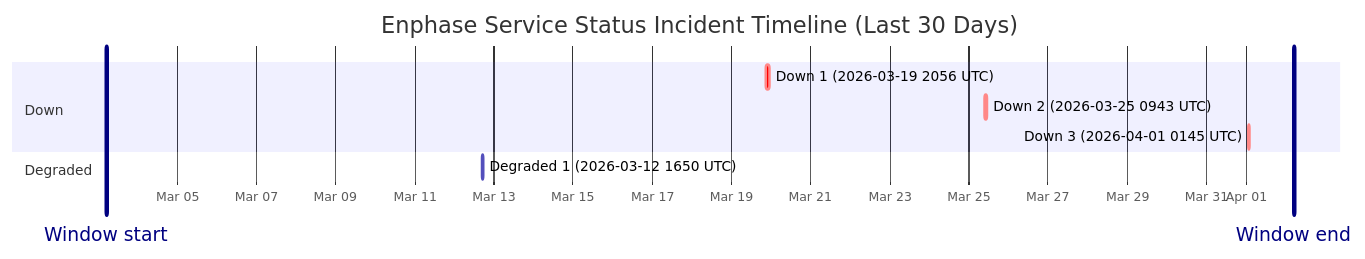
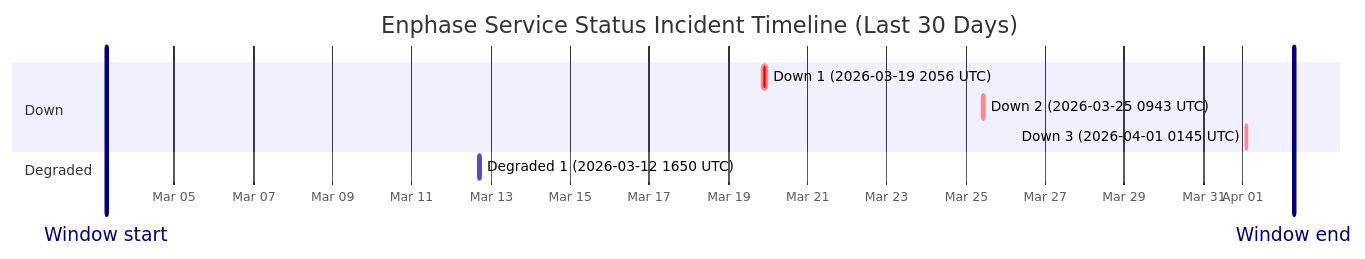
Before and after one commit to barneyonline/ha-enphase-ev-charger: the diagram in wiki/Service-Status-History.md, drawn with Mermaid. The commit also changed other lines of this file and 3 other files, not shown here.

````diff
--- a/wiki/Service-Status-History.md
+++ b/wiki/Service-Status-History.md
@@ -14,14 +14,14 @@
 ```mermaid
 gantt
     title Enphase Service Status Incident Timeline (Last 30 Days)
     dateFormat  YYYY-MM-DDTHH:mm:ss
     axisFormat  %b %d
-    Window start :vert, window-start, 2026-03-03T05:02:01, 0ms
-    Window end :vert, window-end, 2026-04-02T05:02:01, 0ms
+    Window start :vert, window-start, 2026-03-03T06:48:22, 0ms
+    Window end :vert, window-end, 2026-04-02T06:48:22, 0ms
     section Down
     Down 1 (2026-03-19 2056 UTC) :crit, down-1, 2026-03-19T20:56:20, 145m
     Down 2 (2026-03-25 0943 UTC) :crit, down-2, 2026-03-25T09:43:28, 111m
     Down 3 (2026-04-01 0145 UTC) :crit, down-3, 2026-04-01T01:45:09, 60m
     section Degraded
     Degraded 1 (2026-03-12 1650 UTC) :active, degraded-1, 2026-03-12T16:50:43, 60m
 ```
````
